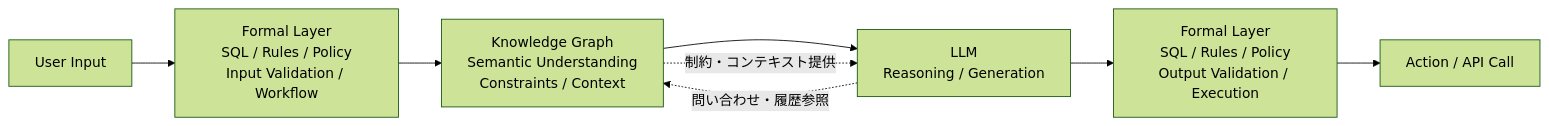
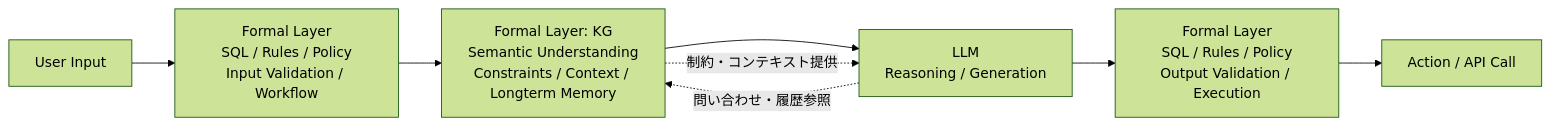
One commit to DevRev-JP/tech-blog changed the third of 11 diagrams in articles/llm-formal-layer-architecture.md. Above: the diagram before and after it, drawn with Mermaid (forest theme). The commit also changed other lines of this file, not shown here.

````diff
--- a/articles/llm-formal-layer-architecture.md
+++ b/articles/llm-formal-layer-architecture.md
@@ -133,17 +135,17 @@
 ```mermaid
 graph LR
     User[User Input]
     Formal1["Formal Layer<br/>SQL / Rules / Policy<br/>Input Validation / Workflow"]
-    KG["Knowledge Graph<br/>Semantic Understanding<br/>Constraints / Context"]
+    KG["Formal Layer: KG<br/>Semantic Understanding<br/>Constraints / Context / Longterm Memory"]
     LLM["LLM<br/>Reasoning / Generation"]
     Formal2["Formal Layer<br/>SQL / Rules / Policy<br/>Output Validation / Execution"]
     Action[Action / API Call]
 
     User --> Formal1
     Formal1 --> KG
     KG --> LLM
     LLM --> Formal2
     Formal2 --> Action
     KG -.制約・コンテキスト提供.-> LLM
     LLM -.問い合わせ・履歴参照.-> KG
 ```
````
